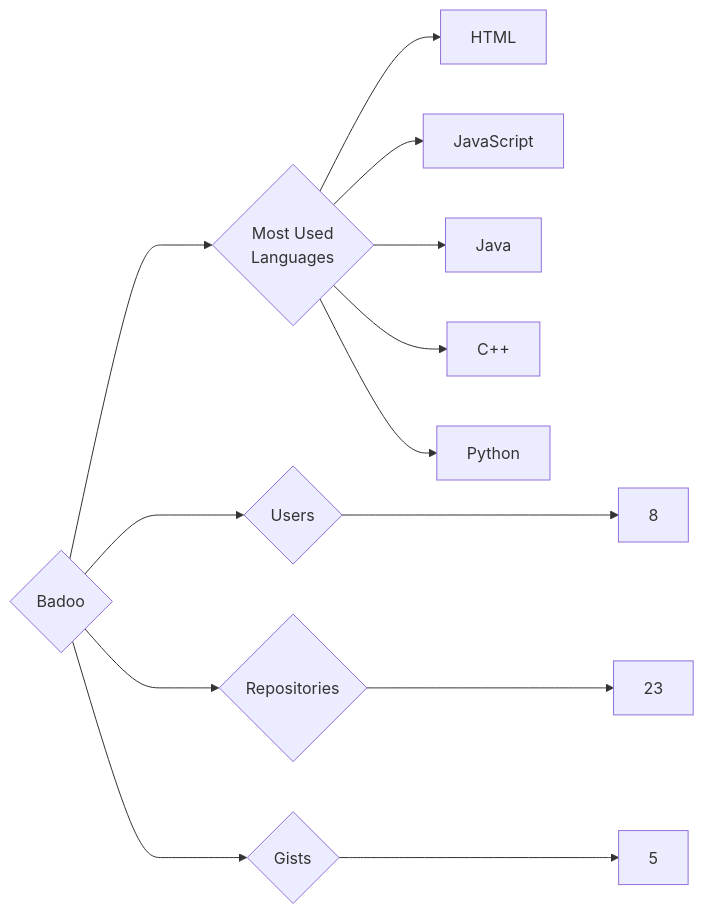
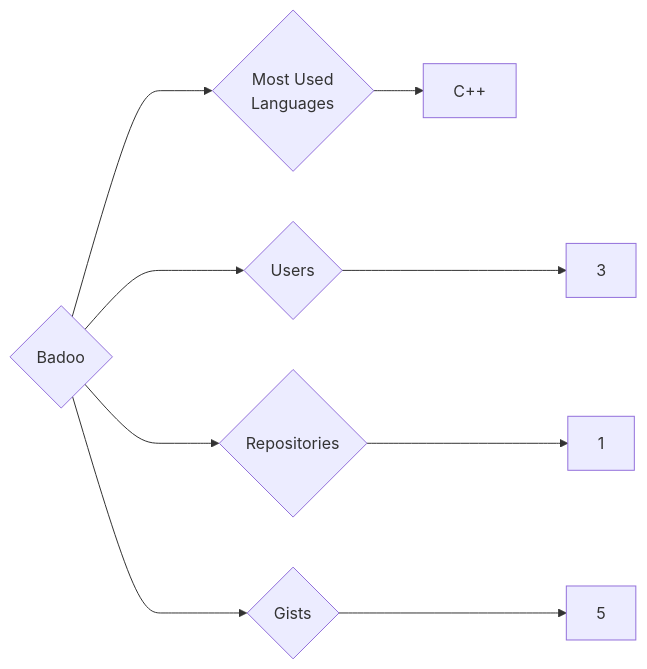
The diagram in targets/Badoo/README.md (trickest/insiders), drawn with Mermaid before and after one commit. The commit also changed 1141 other files, not shown here.

````diff
--- a/targets/Badoo/README.md
+++ b/targets/Badoo/README.md
@@ -3,13 +3,9 @@
 ```mermaid
 graph LR
 COMPANY_NAME{Badoo}
-COMPANY_NAME ---> U{Users} ---> UN[8]
-COMPANY_NAME ---> R{Repositories} ---> RN[23]
+COMPANY_NAME ---> U{Users} ---> UN[3]
+COMPANY_NAME ---> R{Repositories} ---> RN[1]
 COMPANY_NAME ---> G{Gists} ---> GN[5]
 COMPANY_NAME ---> ML{Most Used<br>Languages}
-ML --> HTML[HTML]
-ML --> JavaScript[JavaScript]
-ML --> Java[Java]
 ML --> C++[C++]
-ML --> Python[Python]
 ```
````
